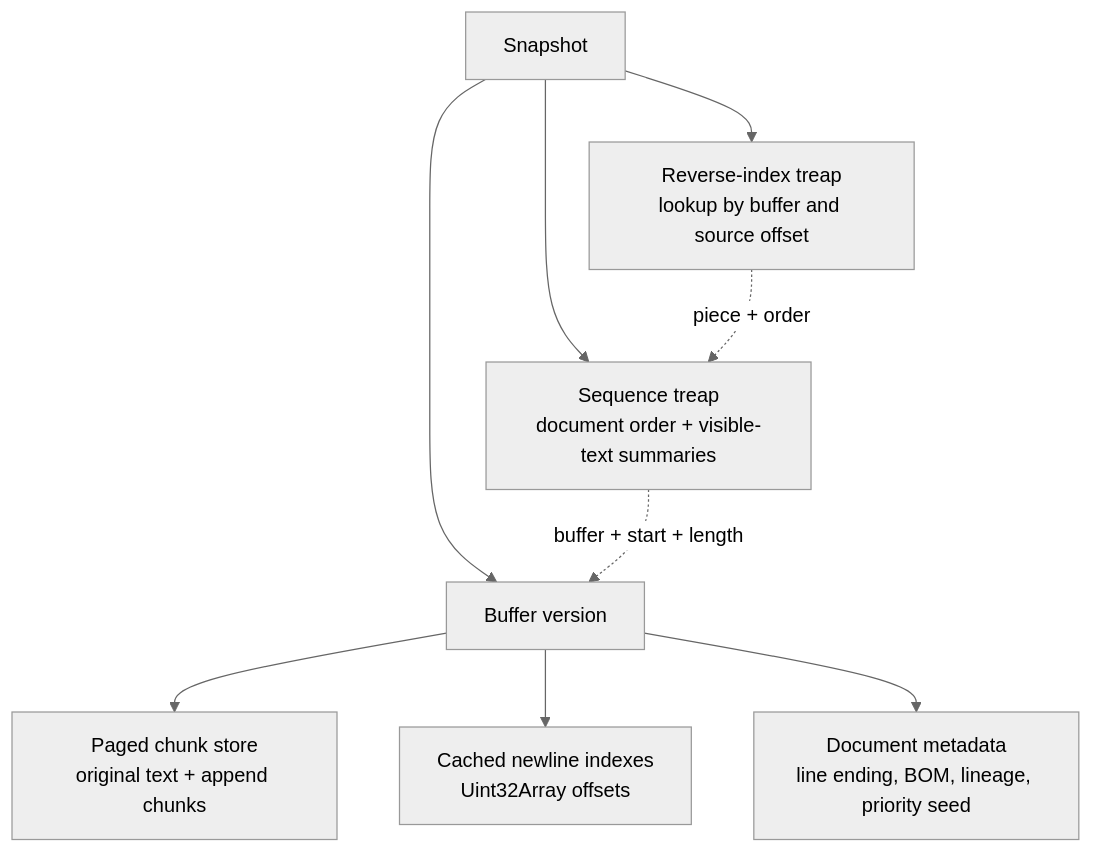
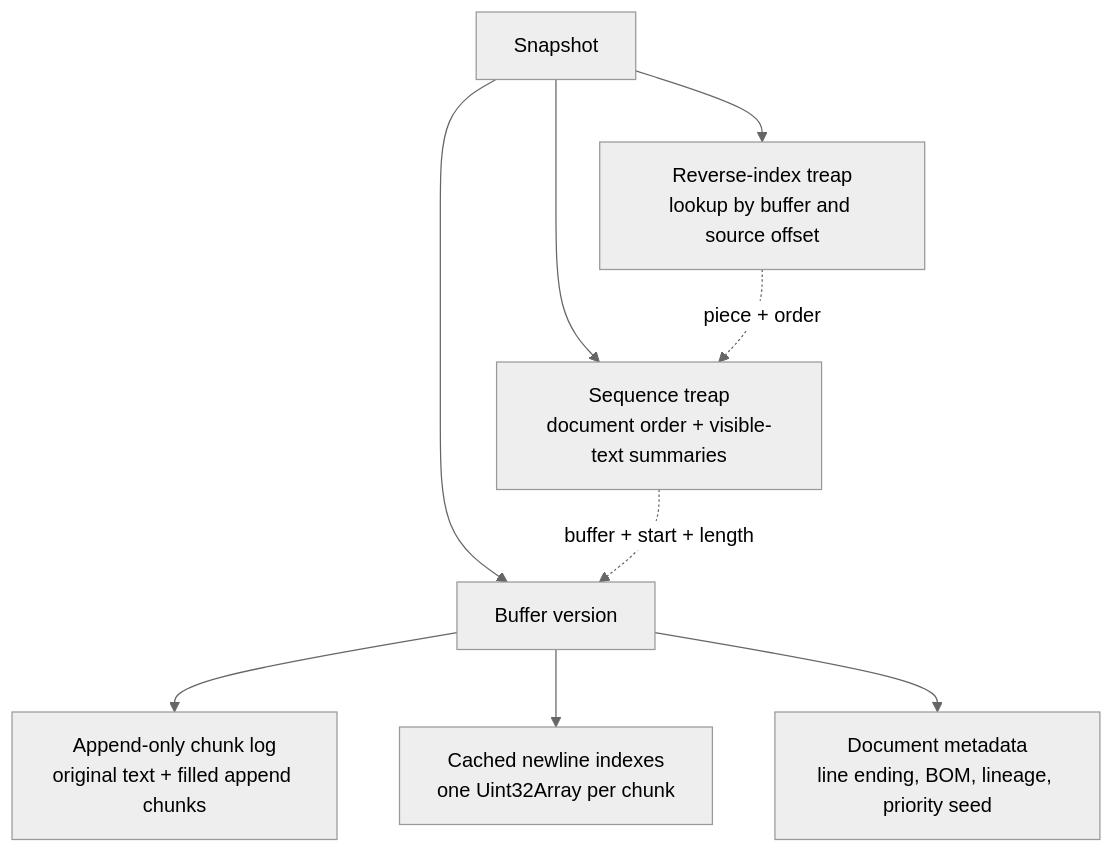
One commit to ShaulLavo/singapore changed the first of 3 diagrams in packages/textbuffer/README.md. Above: the diagram before and after it, drawn with Mermaid (neutral theme). The commit also changed other lines of this file and 12 other files, not shown here.

First line of the commit message:
textbuffer: append inserted text to a shared log instead of copying the store

````diff
--- a/packages/textbuffer/README.md
+++ b/packages/textbuffer/README.md
@@ -33,11 +33,11 @@
 ```mermaid
 flowchart TD
   S["Snapshot"] --> T["Sequence treap<br/>document order + visible-text summaries"]
   S --> R["Reverse-index treap<br/>lookup by buffer and source offset"]
   S --> B["Buffer version"]
   R -. "piece + order" .-> T
   T -. "buffer + start + length" .-> B
-  B --> C["Paged chunk store<br/>original text + append chunks"]
-  B --> L["Cached newline indexes<br/>Uint32Array offsets"]
+  B --> C["Append-only chunk log<br/>original text + filled append chunks"]
+  B --> L["Cached newline indexes<br/>one Uint32Array per chunk"]
   B --> M["Document metadata<br/>line ending, BOM, lineage, priority seed"]
 ```
````
